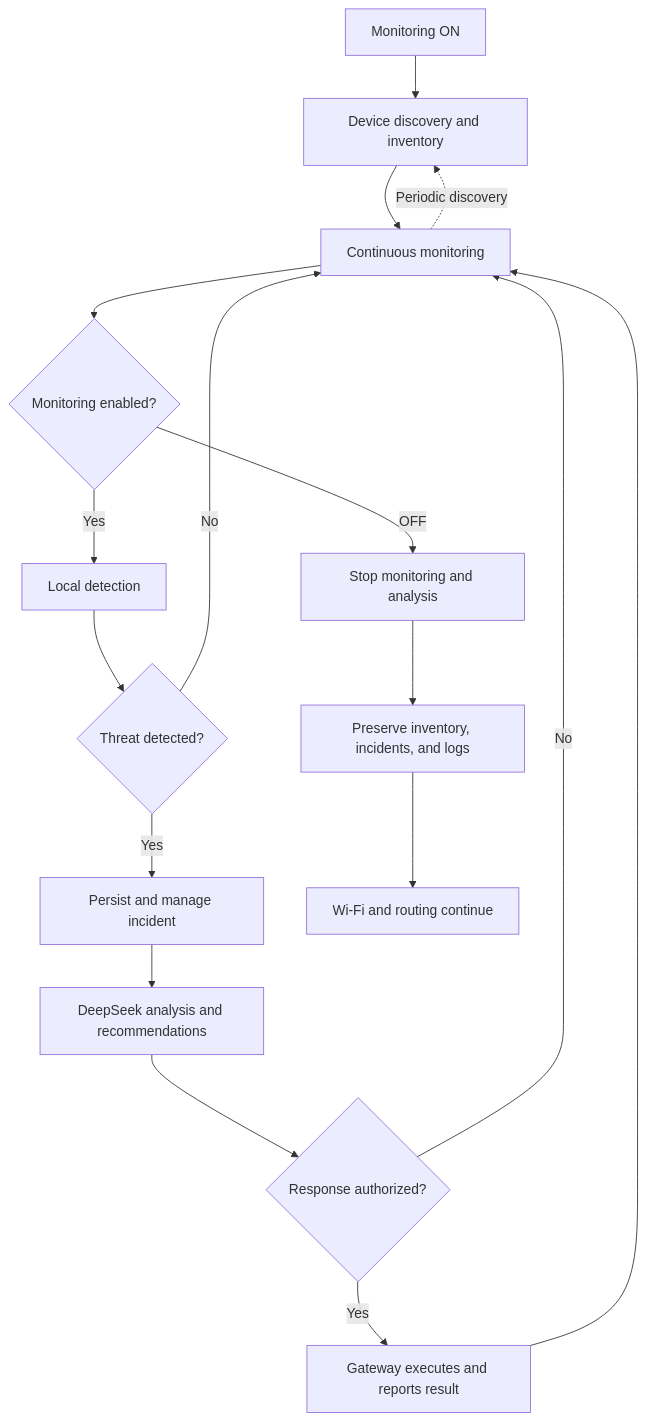
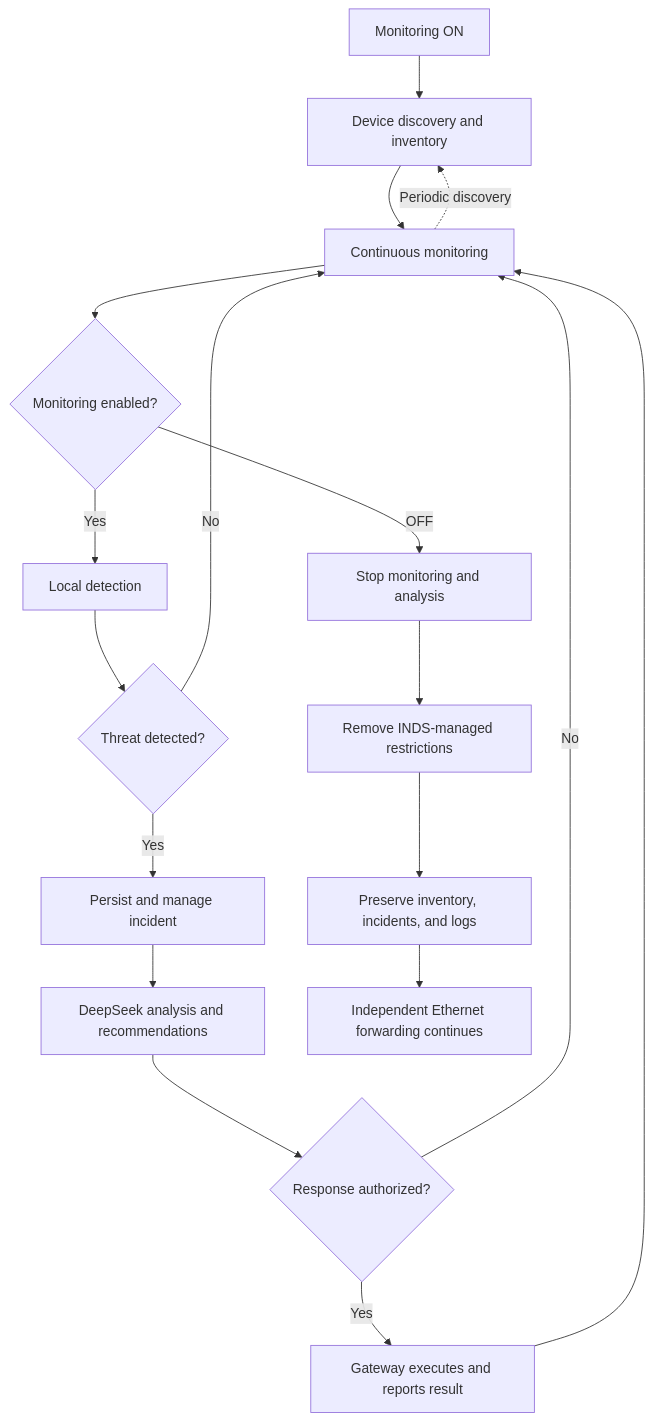
The diagram in docs/workflow.md (esilv-devops-team/INDS), drawn with Mermaid before and after one commit. The commit also changed other lines of this file and 2 other files, not shown here.

Commit message:
docs(INDS-38): define internal OFF cleanup and independent forwarding

````diff
--- a/docs/workflow.md
+++ b/docs/workflow.md
@@ -16,19 +16,20 @@
 ```mermaid
 flowchart TD
     ON[Monitoring ON] --> DISCOVERY[Device discovery and inventory]
     DISCOVERY --> MONITOR[Continuous monitoring]
     MONITOR -. Periodic discovery .-> DISCOVERY
     MONITOR --> ENABLED{Monitoring enabled?}
     ENABLED -->|Yes| DETECT[Local detection]
     DETECT --> THREAT{Threat detected?}
     THREAT -->|No| MONITOR
     THREAT -->|Yes| INCIDENT[Persist and manage incident]
     INCIDENT --> AI[DeepSeek analysis and recommendations]
     AI --> APPROVED{Response authorized?}
     APPROVED -->|Yes| RESPONSE[Gateway executes and reports result]
     APPROVED -->|No| MONITOR
     RESPONSE --> MONITOR
     ENABLED -->|OFF| STOP[Stop monitoring and analysis]
-    STOP --> KEEP[Preserve inventory, incidents, and logs]
-    KEEP --> CONNECTIVITY[Wi-Fi and routing continue]
+    STOP --> CLEAR[Remove INDS-managed restrictions]
+    CLEAR --> KEEP[Preserve inventory, incidents, and logs]
+    KEEP --> CONNECTIVITY[Independent Ethernet forwarding continues]
 ```
````
